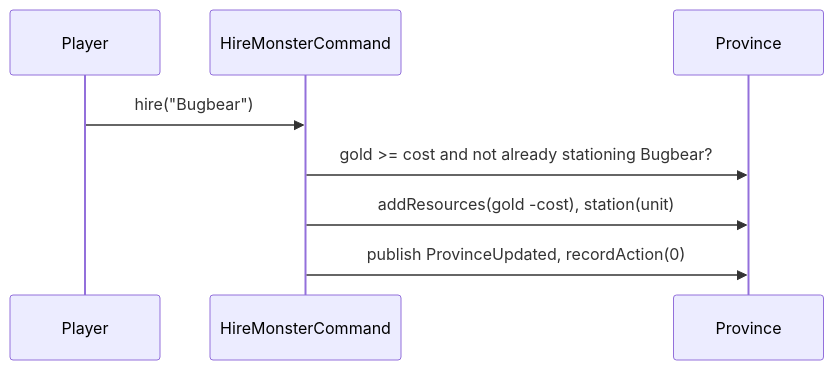
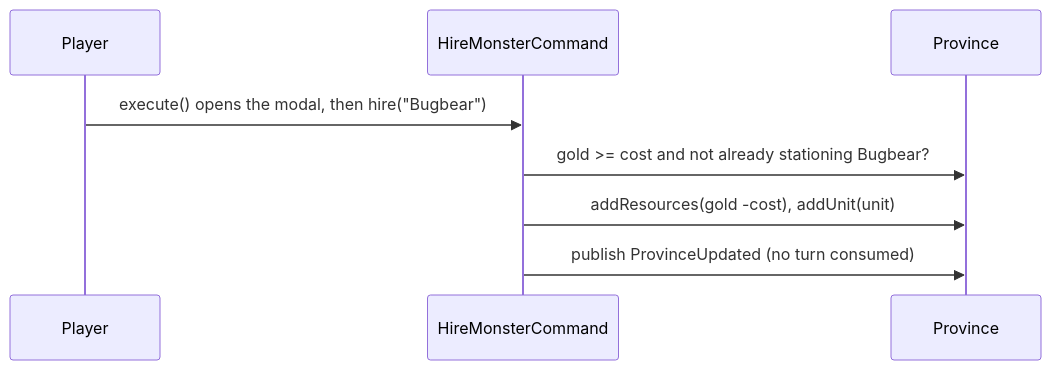
Before and after one commit to pslotinsky/kunstkamera: the third of 4 diagrams in gemfire/docs/design/06-fifth-units.md, drawn with Mermaid. The commit also changed other lines of this file and 46 other files, not shown here.

Commit message:
feat(gemfire): hire fifth units at a province

````diff
--- a/gemfire/docs/design/06-fifth-units.md
+++ b/gemfire/docs/design/06-fifth-units.md
@@ -143,10 +148,10 @@
 ```mermaid
 sequenceDiagram
   participant Player
   participant Hire as HireMonsterCommand
   participant Prov as Province
-  Player->>Hire: hire("Bugbear")
+  Player->>Hire: execute() opens the modal, then hire("Bugbear")
   Hire->>Prov: gold >= cost and not already stationing Bugbear?
-  Hire->>Prov: addResources(gold -cost), station(unit)
-  Hire->>Prov: publish ProvinceUpdated, recordAction(0)
+  Hire->>Prov: addResources(gold -cost), addUnit(unit)
+  Hire->>Prov: publish ProvinceUpdated (no turn consumed)
 ```
````
